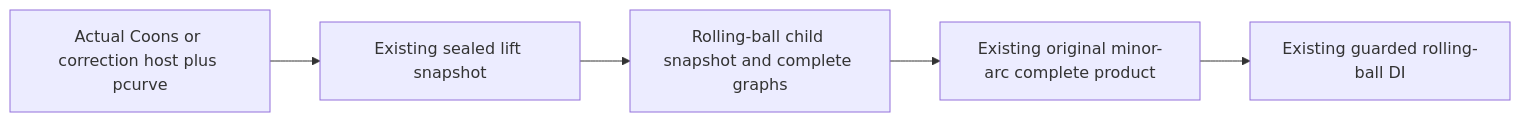
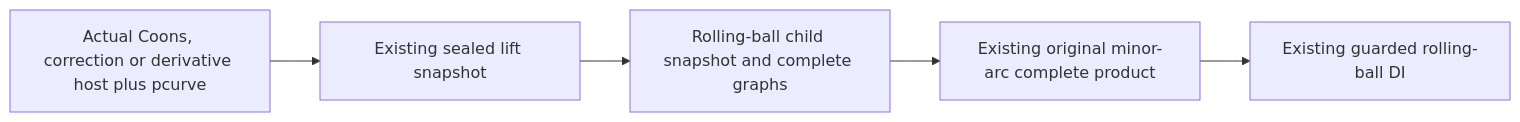
One commit to 1amageek/swift-CAD changed diagram 13 of 13 in Sources/CADGeometry/OriginalSourceIssuance/DESIGN.md. Above: the diagram before and after it, drawn with Mermaid. The commit also changed other lines of this file and 49 other files, not shown here.

Commit message:
Connect plane-derivative rails to original rolling-ball graphs

````diff
--- a/Sources/CADGeometry/OriginalSourceIssuance/DESIGN.md
+++ b/Sources/CADGeometry/OriginalSourceIssuance/DESIGN.md
@@ -1736,7 +1736,7 @@
 ```mermaid
 flowchart LR
- H[Actual Coons or correction host plus pcurve] --> L[Existing sealed lift snapshot]
+ H[Actual Coons, correction or derivative host plus pcurve] --> L[Existing sealed lift snapshot]
  L --> C[Rolling-ball child snapshot and complete graphs]
  C --> R[Existing original minor-arc complete product]
  R --> D[Existing guarded rolling-ball DI]
 ```
````
